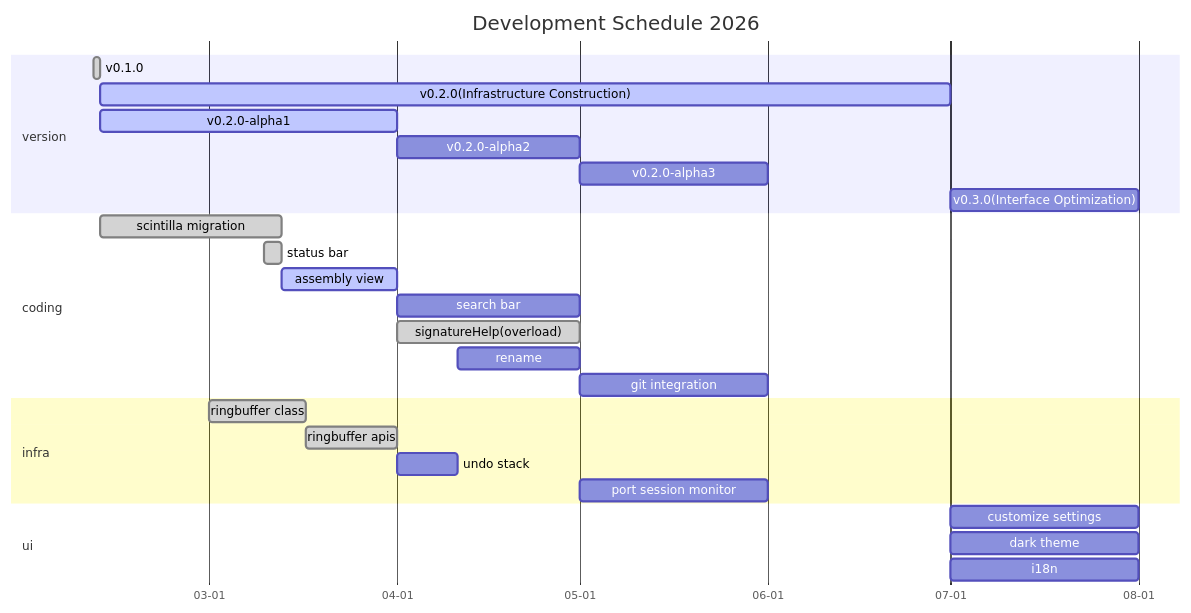
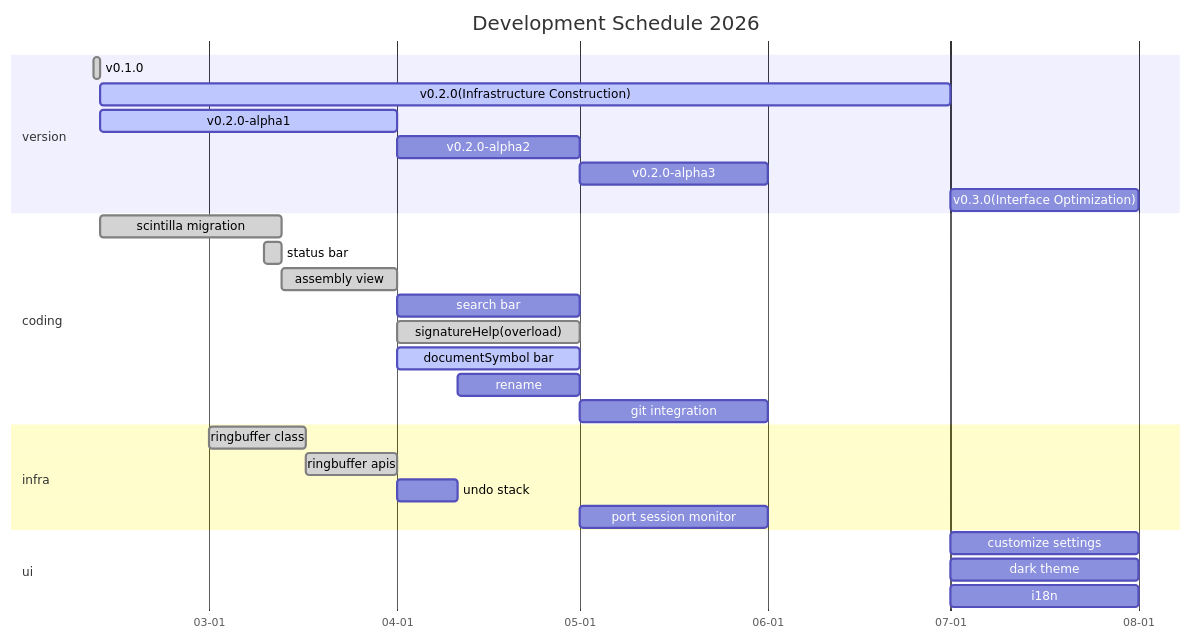
One commit to zyt20001205/UniComm2 changed the second of 3 diagrams in readme.md. Above: the diagram before and after it, drawn with Mermaid. The commit also changed 6 other files, not shown here.

Commit message:
document symbol response routed to script page for further operation

````diff
--- a/readme.md
+++ b/readme.md
@@ -79,35 +79,36 @@
 ```mermaid
 gantt
     title Development Schedule 2026
     dateFormat MM-DD
     axisFormat %m-%d
     tickInterval 1month
 
     section version
         v0.1.0: done, 02-10, 1d
         v0.2.0(Infrastructure Construction): active, 02-11, 140d
         v0.2.0-alpha1: active, 02-11, 49d
         v0.2.0-alpha2: 04-01, 30d
         v0.2.0-alpha3: 05-01, 31d
         v0.3.0(Interface Optimization): 07-01, 31d
 
     section coding
         scintilla migration: done, 02-11, 30d
         status bar: done, 03-10, 3d
-        assembly view: active, 03-13, 19d
+        assembly view: done, 03-13, 19d
         search bar: 04-01, 30d
         signatureHelp(overload): done, 04-01, 30d
+        documentSymbol bar: active, 04-01, 30d
         rename: 04-11, 20d
         git integration: 05-01, 31d
 
     section infra
         ringbuffer class: done, 03-01, 16d
         ringbuffer apis: done, 03-17, 15d
         undo stack: 04-01, 10d
         port session monitor: 05-01, 31d
 
     section ui
         customize settings: 07-01, 31d
         dark theme: 07-01, 31d
         i18n: 07-01, 31d
 ```
````
